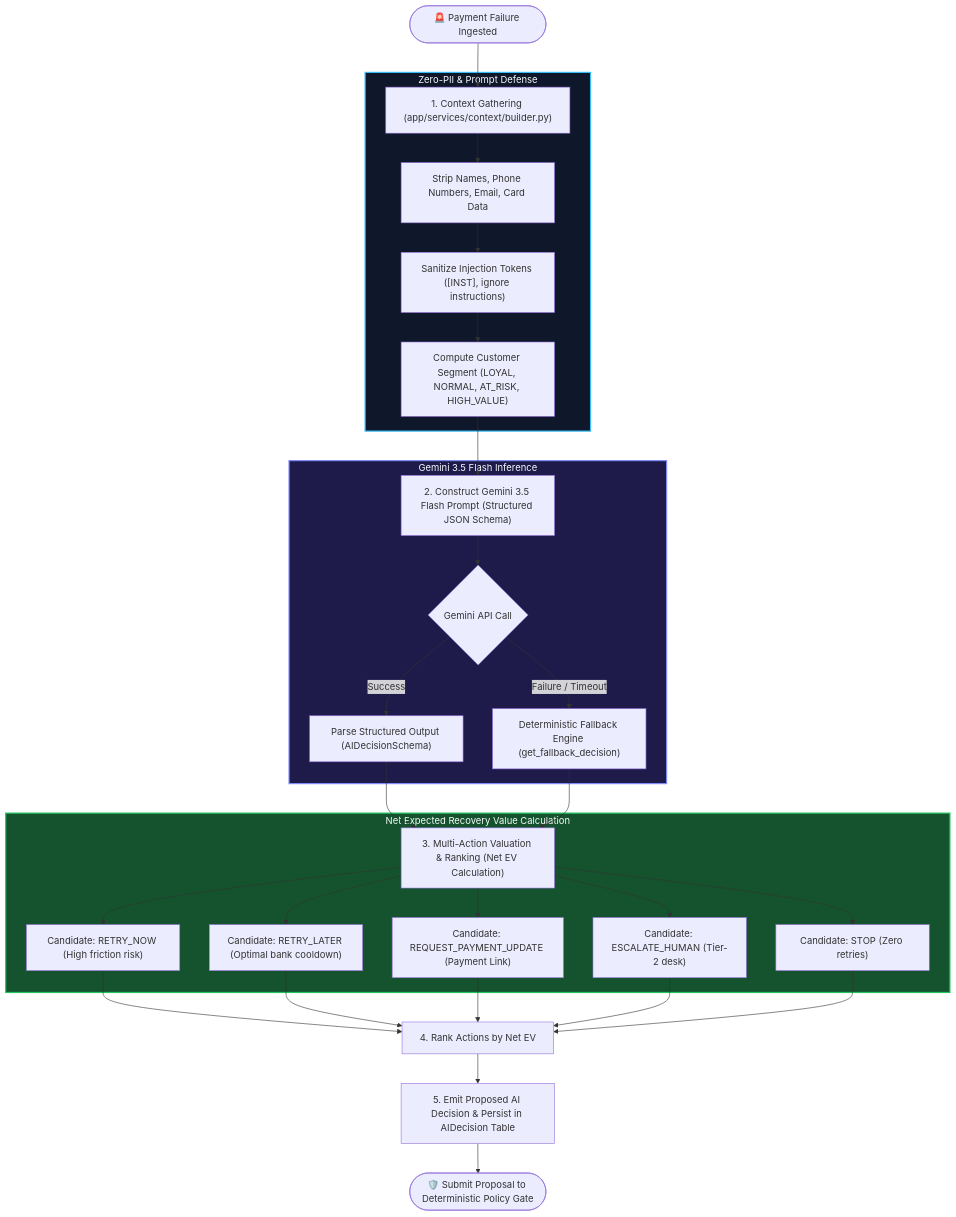
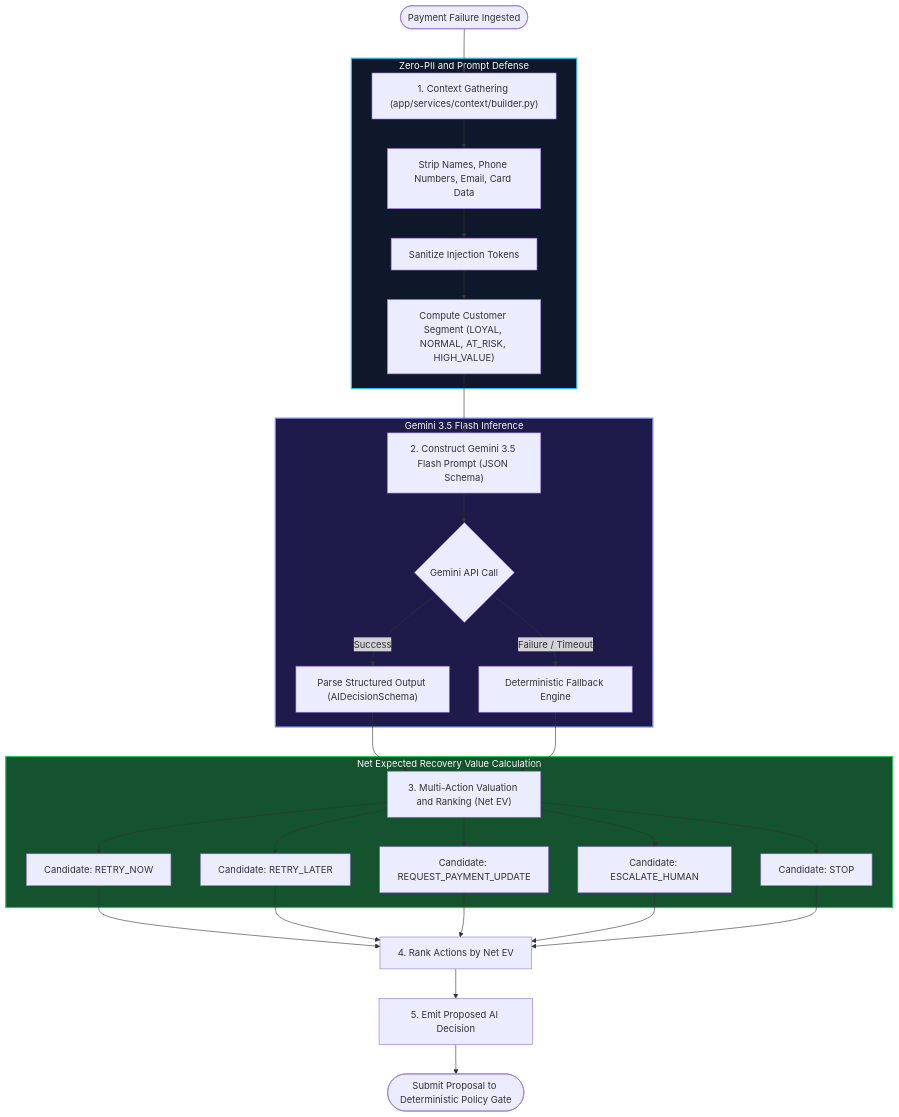
One commit to TwilightDawn7/AI-Revenue-Recovery-Agent changed the first of 4 diagrams in docs/AI_DECISION_ENGINE.md. Above: the diagram before and after it, drawn with Mermaid. The commit also changed other lines of this file and 5 other files, not shown here.

Commit message:
fix(docs): resolve Mermaid syntax and parser compatibility issues in architecture and spec diagrams

````diff
--- a/docs/AI_DECISION_ENGINE.md
+++ b/docs/AI_DECISION_ENGINE.md
@@ -20,36 +20,41 @@
 ```mermaid
 flowchart TD
-    START(["🚨 Payment Failure Ingested"]) --> GATHER["1. Context Gathering (app/services/context/builder.py)"]
+    START(["Payment Failure Ingested"]) --> GATHER["1. Context Gathering (app/services/context/builder.py)"]
     
-    subgraph Sanitization ["Zero-PII & Prompt Defense"]
+    subgraph Sanitization ["Zero-PII and Prompt Defense"]
         GATHER --> STRIP["Strip Names, Phone Numbers, Email, Card Data"]
-        STRIP --> SEC["Sanitize Injection Tokens ([INST], ignore instructions)"]
+        STRIP --> SEC["Sanitize Injection Tokens"]
         SEC --> SEG["Compute Customer Segment (LOYAL, NORMAL, AT_RISK, HIGH_VALUE)"]
     end
 
-    SEG --> PROMPT["2. Construct Gemini 3.5 Flash Prompt (Structured JSON Schema)"]
+    SEG --> PROMPT["2. Construct Gemini 3.5 Flash Prompt (JSON Schema)"]
     
     subgraph ModelInference ["Gemini 3.5 Flash Inference"]
         PROMPT --> LLM{"Gemini API Call"}
         LLM -->|Success| PARSE["Parse Structured Output (AIDecisionSchema)"]
-        LLM -->|Failure / Timeout| FALLBACK["Deterministic Fallback Engine (get_fallback_decision)"]
+        LLM -->|Failure / Timeout| FALLBACK["Deterministic Fallback Engine"]
     end
 
-    PARSE & FALLBACK --> EV_CALC["3. Multi-Action Valuation & Ranking (Net EV Calculation)"]
+    PARSE --> EV_CALC["3. Multi-Action Valuation and Ranking (Net EV)"]
+    FALLBACK --> EV_CALC
     
     subgraph EVValuation ["Net Expected Recovery Value Calculation"]
-        EV_CALC --> ACT1["Candidate: RETRY_NOW (High friction risk)"]
-        EV_CALC --> ACT2["Candidate: RETRY_LATER (Optimal bank cooldown)"]
-        EV_CALC --> ACT3["Candidate: REQUEST_PAYMENT_UPDATE (Payment Link)"]
-        EV_CALC --> ACT4["Candidate: ESCALATE_HUMAN (Tier-2 desk)"]
-        EV_CALC --> ACT5["Candidate: STOP (Zero retries)"]
+        EV_CALC --> ACT1["Candidate: RETRY_NOW"]
+        EV_CALC --> ACT2["Candidate: RETRY_LATER"]
+        EV_CALC --> ACT3["Candidate: REQUEST_PAYMENT_UPDATE"]
+        EV_CALC --> ACT4["Candidate: ESCALATE_HUMAN"]
+        EV_CALC --> ACT5["Candidate: STOP"]
     end
 
-    ACT1 & ACT2 & ACT3 & ACT4 & ACT5 --> RANK["4. Rank Actions by Net EV"]
-    RANK --> OUT["5. Emit Proposed AI Decision & Persist in AIDecision Table"]
-    OUT --> NEXT(["🛡️ Submit Proposal to Deterministic Policy Gate"])
+    ACT1 --> RANK["4. Rank Actions by Net EV"]
+    ACT2 --> RANK
+    ACT3 --> RANK
+    ACT4 --> RANK
+    ACT5 --> RANK
+    RANK --> OUT["5. Emit Proposed AI Decision"]
+    OUT --> NEXT(["Submit Proposal to Deterministic Policy Gate"])
 
     style Sanitization fill:#0f172a,stroke:#38bdf8,stroke-width:2px,color:#f8fafc
     style ModelInference fill:#1e1b4b,stroke:#818cf8,stroke-width:2px,color:#f8fafc
     style EVValuation fill:#14532d,stroke:#22c55e,stroke-width:2px,color:#f8fafc
 ```
````
